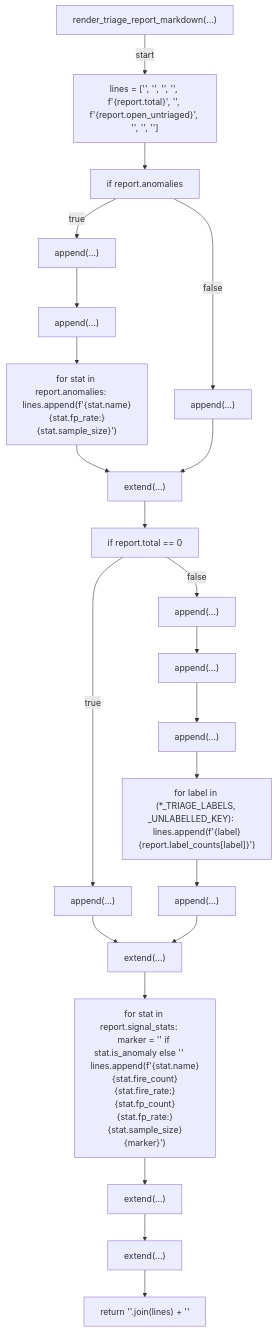
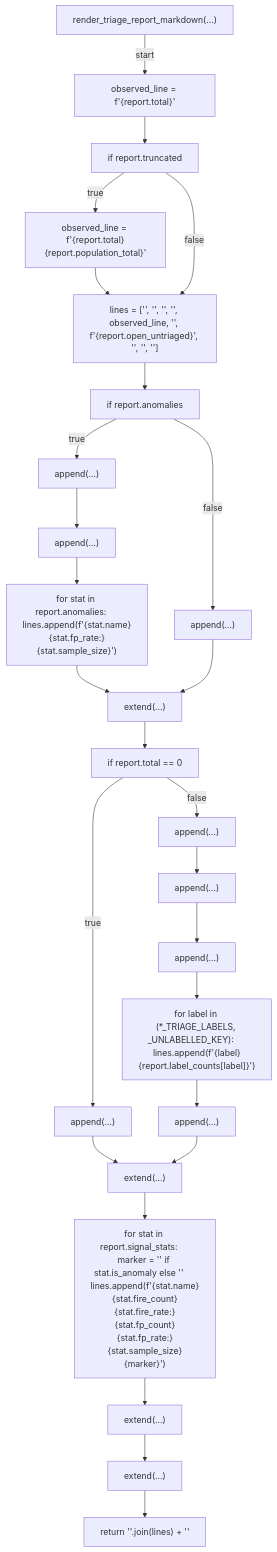
The fifth of 10 diagrams in docs/generated/scripts/ast/_auto_retro_triage.md (tvna/claude-md), drawn with Mermaid before and after one commit. The commit also changed other lines of this file and 3 other files, not shown here.

First line of the commit message:
docs(generated): regenerate decision tree and workflow diagrams

````diff
--- a/docs/generated/scripts/ast/_auto_retro_triage.md
+++ b/docs/generated/scripts/ast/_auto_retro_triage.md
@@ -81,44 +83,51 @@
 ```mermaid
 flowchart TD
     N001["render_triage_report_markdown(...)"]
-    N002["lines = ['<str>', '<str>', '<str>', '<str>', f'<str>{report.total}<str>', '<str>', f'<str>{report.open_untriaged}<str>', '<str>', '<str>', '<str>']"]
-    N003["if report.anomalies"]
-    N004["append(...)"]
-    N005["append(...)"]
-    N006["for stat in report.anomalies:     lines.append(f'<str>{stat.name}<str>{stat.fp_rate:<str>}<str>{stat.sample_size}<str>')"]
+    N002["observed_line = f'<str>{report.total}<str>'"]
+    N003["if report.truncated"]
+    N004["observed_line = f'<str>{report.total}<str>{report.population_total}<str>'"]
+    N005["lines = ['<str>', '<str>', '<str>', '<str>', observed_line, '<str>', f'<str>{report.open_untriaged}<str>', '<str>', '<str>', '<str>']"]
+    N006["if report.anomalies"]
     N007["append(...)"]
-    N008["extend(...)"]
-    N009["if report.total == 0"]
+    N008["append(...)"]
+    N009["for stat in report.anomalies:     lines.append(f'<str>{stat.name}<str>{stat.fp_rate:<str>}<str>{stat.sample_size}<str>')"]
     N010["append(...)"]
-    N011["append(...)"]
-    N012["append(...)"]
+    N011["extend(...)"]
+    N012["if report.total == 0"]
     N013["append(...)"]
-    N014["for label in (*_TRIAGE_LABELS, _UNLABELLED_KEY):     lines.append(f'<str>{label}<str>{report.label_counts[label]}')"]
+    N014["append(...)"]
     N015["append(...)"]
-    N016["extend(...)"]
-    N017["for stat in report.signal_stats:     marker = '<str>' if stat.is_anomaly else '<str>'     lines.append(f'<str>{stat.name}<str>{stat.fire_count}<str>{stat.fire_rate:<str>}<str>{stat.fp_count}<str>{stat.fp_rate:<str>}<str>{stat.sample_size}<str>{marker}<str>')"]
-    N018["extend(...)"]
+    N016["append(...)"]
+    N017["for label in (*_TRIAGE_LABELS, _UNLABELLED_KEY):     lines.append(f'<str>{label}<str>{report.label_counts[label]}')"]
+    N018["append(...)"]
     N019["extend(...)"]
-    N020["return '<str>'.join(lines) + '<str>'"]
+    N020["for stat in report.signal_stats:     marker = '<str>' if stat.is_anomaly else '<str>'     lines.append(f'<str>{stat.name}<str>{stat.fire_count}<str>{stat.fire_rate:<str>}<str>{stat.fp_count}<str>{stat.fp_rate:<str>}<str>{stat.sample_size}<str>{marker}<str>')"]
+    N021["extend(...)"]
+    N022["extend(...)"]
+    N023["return '<str>'.join(lines) + '<str>'"]
     N001 -->|"start"| N002
     N002 --> N003
     N003 -->|"true"| N004
     N004 --> N005
+    N003 -->|"false"| N005
     N005 --> N006
-    N003 -->|"false"| N007
-    N006 --> N008
+    N006 -->|"true"| N007
     N007 --> N008
     N008 --> N009
-    N009 -->|"true"| N010
-    N009 -->|"false"| N011
+    N006 -->|"false"| N010
+    N009 --> N011
+    N010 --> N011
     N011 --> N012
-    N012 --> N013
-    N013 --> N014
+    N012 -->|"true"| N013
+    N012 -->|"false"| N014
     N014 --> N015
-    N010 --> N016
     N015 --> N016
     N016 --> N017
     N017 --> N018
+    N013 --> N019
     N018 --> N019
     N019 --> N020
+    N020 --> N021
+    N021 --> N022
+    N022 --> N023
 ```
````
